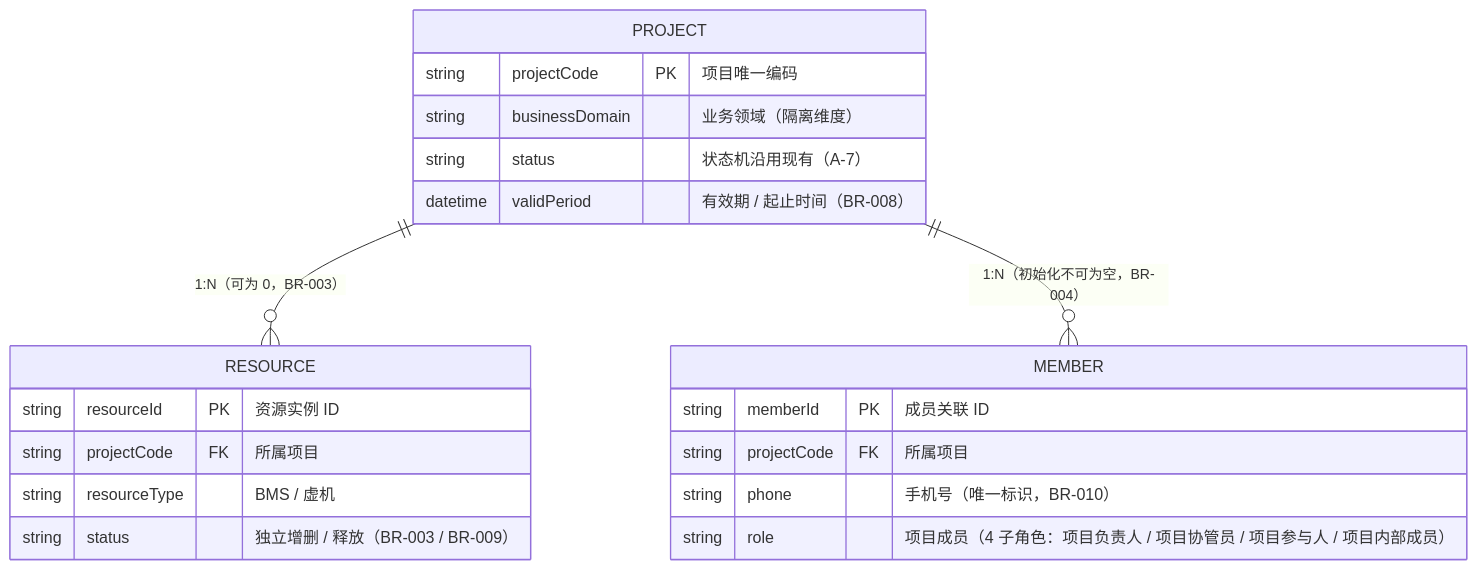
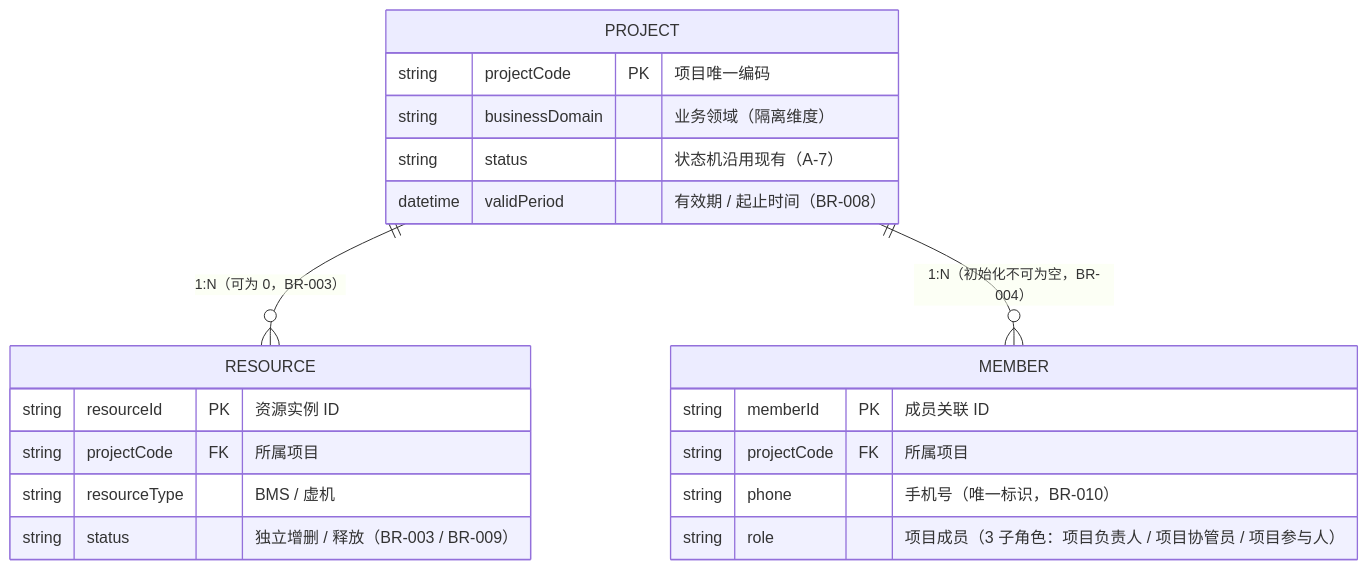
Before and after one commit to TerreMou/vue3-frontend-self-test: the first of 2 diagrams in 业务需求说明书.md, drawn with Mermaid. The commit also changed other lines of this file, not shown here.

````diff
--- a/业务需求说明书.md
+++ b/业务需求说明书.md
@@ -65,23 +65,23 @@
 ```mermaid
 erDiagram
     PROJECT ||--o{ RESOURCE : "1:N（可为 0，BR-003）"
     PROJECT ||--o{ MEMBER : "1:N（初始化不可为空，BR-004）"
     PROJECT {
         string projectCode PK "项目唯一编码"
         string businessDomain "业务领域（隔离维度）"
         string status "状态机沿用现有（A-7）"
         datetime validPeriod "有效期 / 起止时间（BR-008）"
     }
     RESOURCE {
         string resourceId PK "资源实例 ID"
         string projectCode FK "所属项目"
         string resourceType "BMS / 虚机"
         string status "独立增删 / 释放（BR-003 / BR-009）"
     }
     MEMBER {
         string memberId PK "成员关联 ID"
         string projectCode FK "所属项目"
         string phone "手机号（唯一标识，BR-010）"
-        string role "项目成员（4 子角色：项目负责人 / 项目协管员 / 项目参与人 / 项目内部成员）"
+        string role "项目成员（3 子角色：项目负责人 / 项目协管员 / 项目参与人）"
     }
 ```
````
